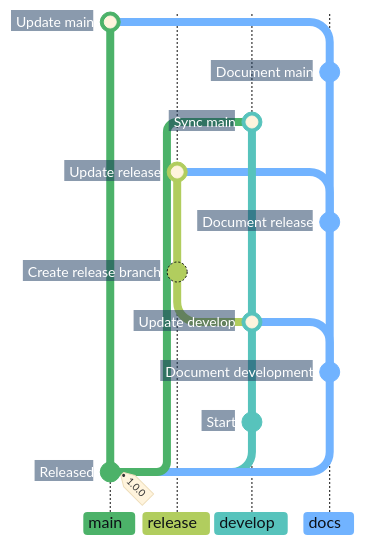
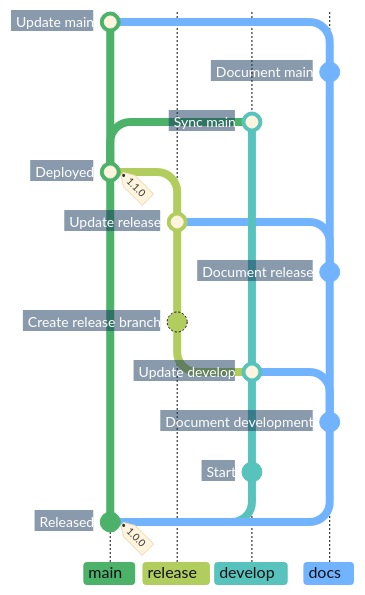
Before and after one commit to superhero/operations.superduper.solutions: the third of 3 diagrams in docs/adr/cicd.md, drawn with Mermaid. The commit also changed other lines of this file, not shown here.

Commit message:
docs: publish release before synchronizing develop

````diff
--- a/docs/adr/cicd.md
+++ b/docs/adr/cicd.md
@@ -126,31 +127,33 @@
 ```mermaid
 %%{init: {"theme": "base", "themeCSS": "line.branch { stroke: #8B949E; stroke-width: 1px; stroke-dasharray: 1 4; stroke-linecap: round; } .branchLabel, .tag-label { font-weight: 700; } .tag-label-bkg, .commit-label-bkg { opacity: 0.9; } .tag-label-bkg { fill: #B8E6C4; stroke: #8ED3A2; } .branchLabelBkg { opacity: 1; clip-path: inset(0 8px 0 0 round 4px) fill-box; } .commit-labels g:nth-last-of-type(-n+2) { visibility: hidden; } .commit-labels g { transform-box: fill-box; transform-origin: calc(100% + 17px) calc(50% + 2px); transform: rotate(-10deg); } .commit-label { font-weight: 700; transform: translateX(-8px); } .commit-label-bkg { stroke: #17365D; stroke-width: 20px; transform: translateX(-5px); clip-path: polygon(-4px -4px, calc(100% + 4px) -4px, calc(100% + 10px) 50%, calc(100% + 4px) calc(100% + 4px), -4px calc(100% + 4px)) fill-box; } .commit.branch { stroke: #B1CD5E; stroke-dasharray: none; }", "gitGraph": {"showCommitLabel": true, "rotateCommitLabel": false}, "themeVariables": {
     "commitLabelFontSize": "14px", "commitLabelColor": "#FFFFFF", "commitLabelBackground": "#17365D",
     "git0": "#4CB269", "gitBranchLabel0": "#0D1117",
     "git1": "#B1CD5E", "gitBranchLabel1": "#0D1117",
     "git2": "#57C3BC", "gitBranchLabel2": "#0D1117",
     "git3": "#71B3FF", "gitBranchLabel3": "#0D1117"
 }}}%%
 gitGraph BT:
     %% Hide the two initial notes while retaining their branch connections.
     commit id: "Released" tag: "1.0.0"
     branch develop order: 2
     commit id: "Start"
     checkout main
     branch docs order: 3
     commit id: "Document development"
     checkout develop
     merge docs id: "Update develop"
     branch release order: 1
     commit id: "Create release branch"
     checkout docs
     commit id: "Document release"
     checkout release
     merge docs id: "Update release"
+    checkout main
+    merge release id: "Deployed" tag: "1.1.0"
     checkout develop
     merge main id: "Sync main"
     checkout docs
     commit id: "Document main"
     checkout main
     merge docs id: "Update main"
 ```
````
